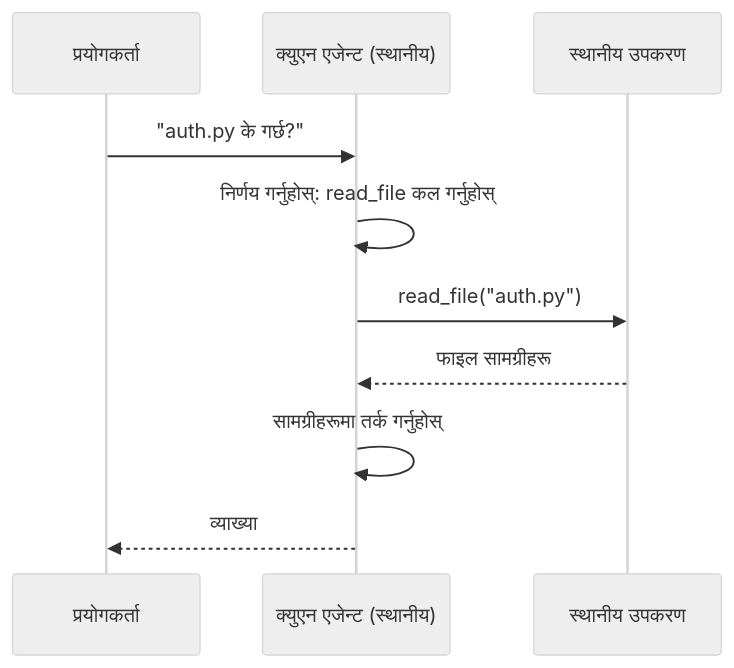
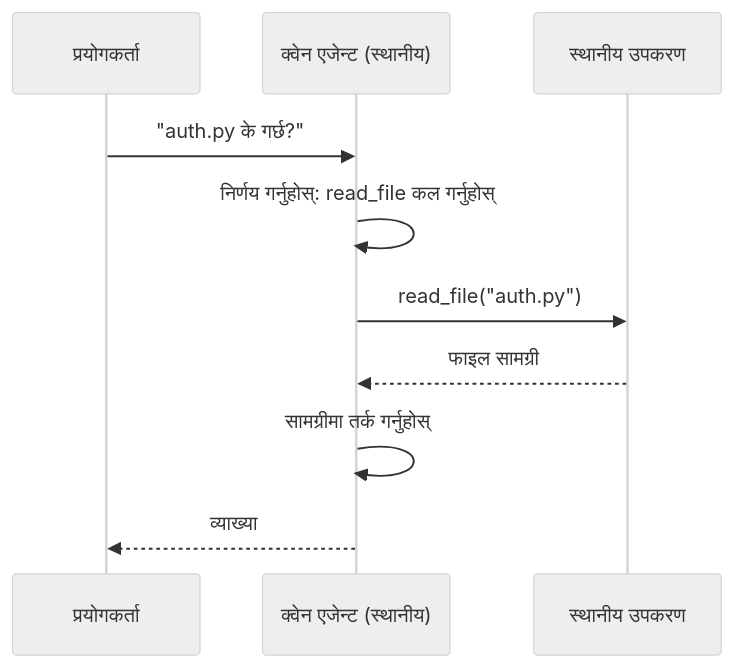
Before and after one commit to gabrielmoreira/agent-skills-mirror: the second of 4 diagrams in mirrors/repos/microsoft@ai-agents-for-beginners/translations/ne/17-creating-local-ai-agents/README.md, drawn with Mermaid (neutral theme). The commit also changed other lines of this file and 4262 other files, not shown here.

````diff
--- a/mirrors/repos/microsoft@ai-agents-for-beginners/translations/ne/17-creating-local-ai-agents/README.md
+++ b/mirrors/repos/microsoft@ai-agents-for-beginners/translations/ne/17-creating-local-ai-agents/README.md
@@ -106,12 +106,12 @@
 ```mermaid
 sequenceDiagram
     participant U as प्रयोगकर्ता
-    participant A as क्युएन एजेन्ट (स्थानीय)
+    participant A as क्वेन एजेन्ट (स्थानीय)
     participant T as स्थानीय उपकरण
     U->>A: "auth.py के गर्छ?"
     A->>A: निर्णय गर्नुहोस्: read_file कल गर्नुहोस्
     A->>T: read_file("auth.py")
-    T-->>A: फाइल सामग्रीहरू
-    A->>A: सामग्रीहरूमा तर्क गर्नुहोस्
+    T-->>A: फाइल सामग्री
+    A->>A: सामग्रीमा तर्क गर्नुहोस्
     A-->>U: व्याख्या
 ```
````
